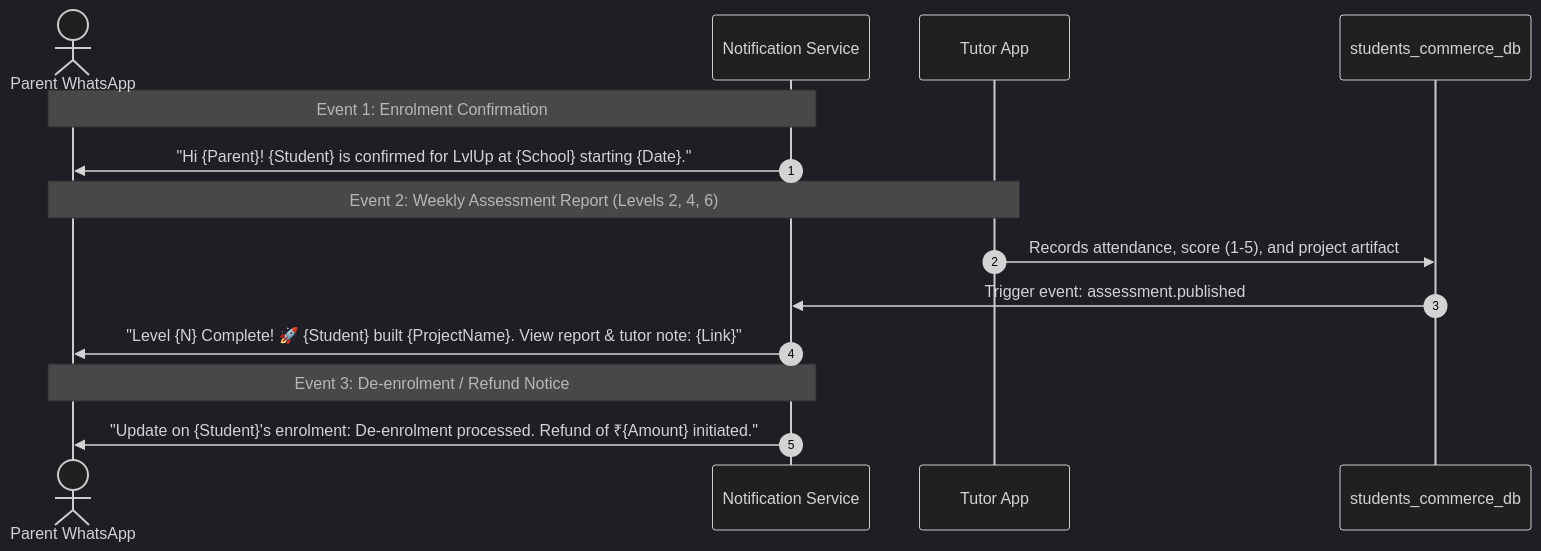
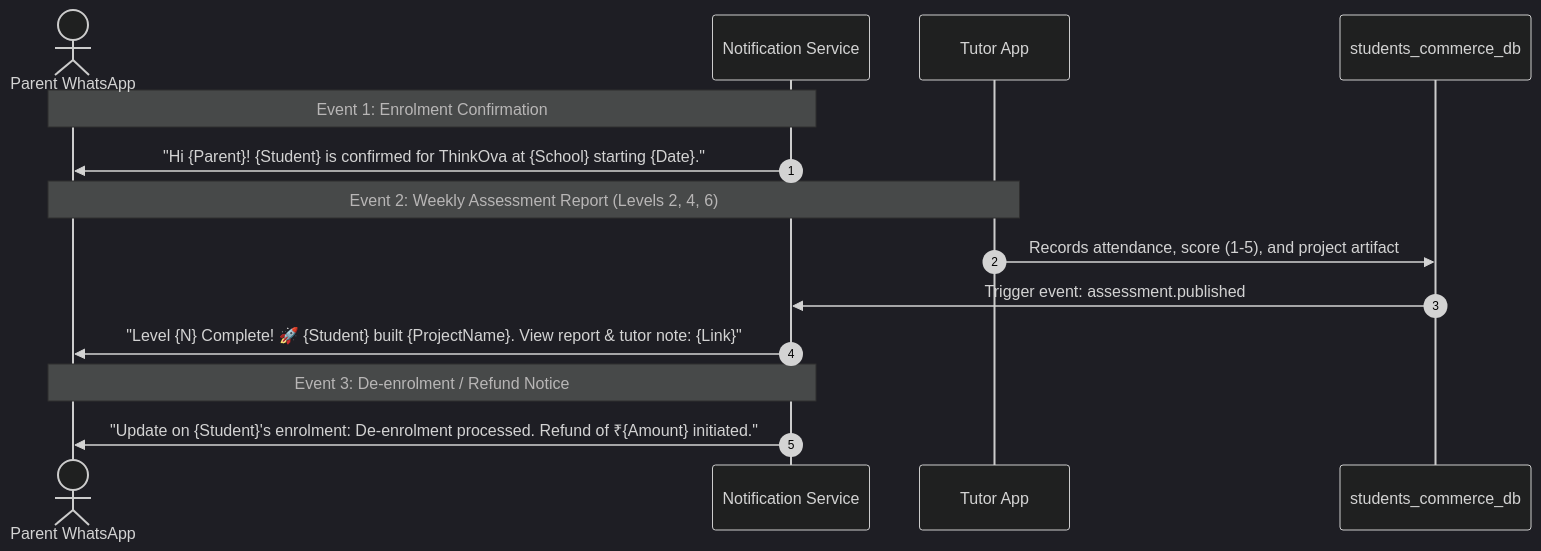
The seventh of 9 diagrams in docs/ARCHITECTURE_PLAN.md (RanganathanSadhula/Lvlup-website), drawn with Mermaid (dark theme) before and after one commit. The commit also changed other lines of this file and 49 other files, not shown here.

Commit message:
implement backend jobs, notification dispatchers, payment integration, and UI components for ThinkOva platform. Docker implant Openwa automation notification.

````diff
--- a/docs/ARCHITECTURE_PLAN.md
+++ b/docs/ARCHITECTURE_PLAN.md
@@ -355,19 +355,19 @@
 ```mermaid
 sequenceDiagram
     autonumber
     actor Parent as Parent WhatsApp
     participant Svc as Notification Service
     participant Tutor as Tutor App
     participant DB as students_commerce_db
 
     Note over Svc,Parent: Event 1: Enrolment Confirmation
-    Svc->>Parent: "Hi {Parent}! {Student} is confirmed for LvlUp at {School} starting {Date}."
+    Svc->>Parent: "Hi {Parent}! {Student} is confirmed for ThinkOva at {School} starting {Date}."
 
     Note over Tutor,Parent: Event 2: Weekly Assessment Report (Levels 2, 4, 6)
     Tutor->>DB: Records attendance, score (1-5), and project artifact
     DB->>Svc: Trigger event: assessment.published
     Svc->>Parent: "Level {N} Complete! 🚀 {Student} built {ProjectName}. View report & tutor note: {Link}"
 
     Note over Svc,Parent: Event 3: De-enrolment / Refund Notice
     Svc->>Parent: "Update on {Student}'s enrolment: De-enrolment processed. Refund of ₹{Amount} initiated."
 ```
````
